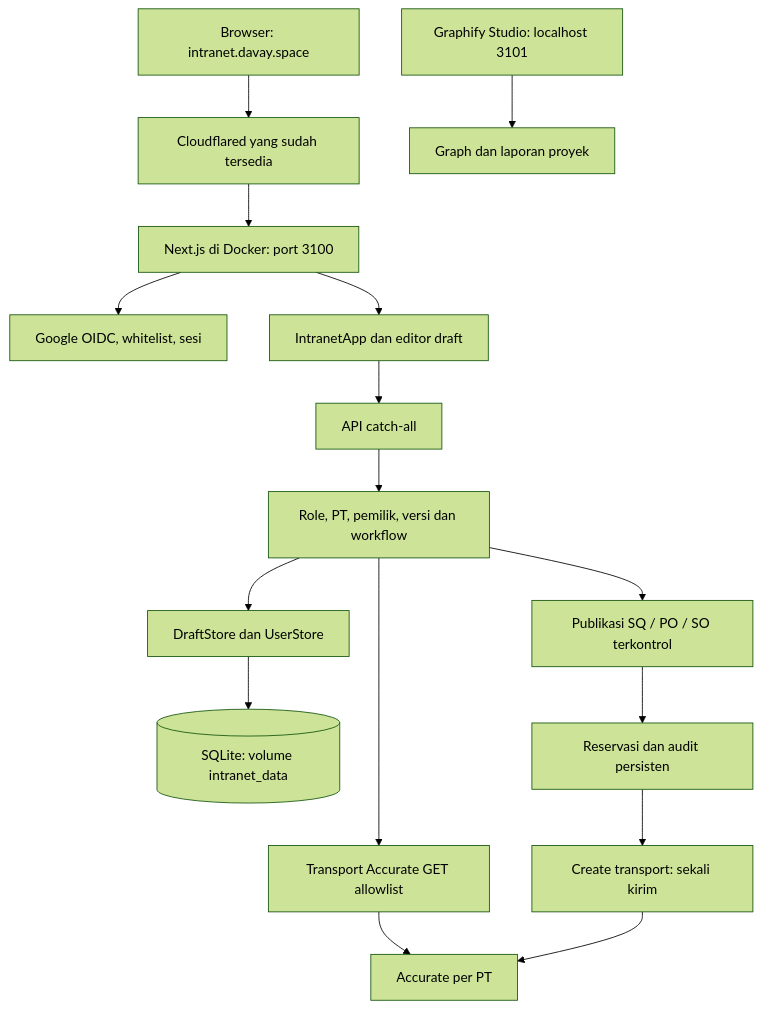
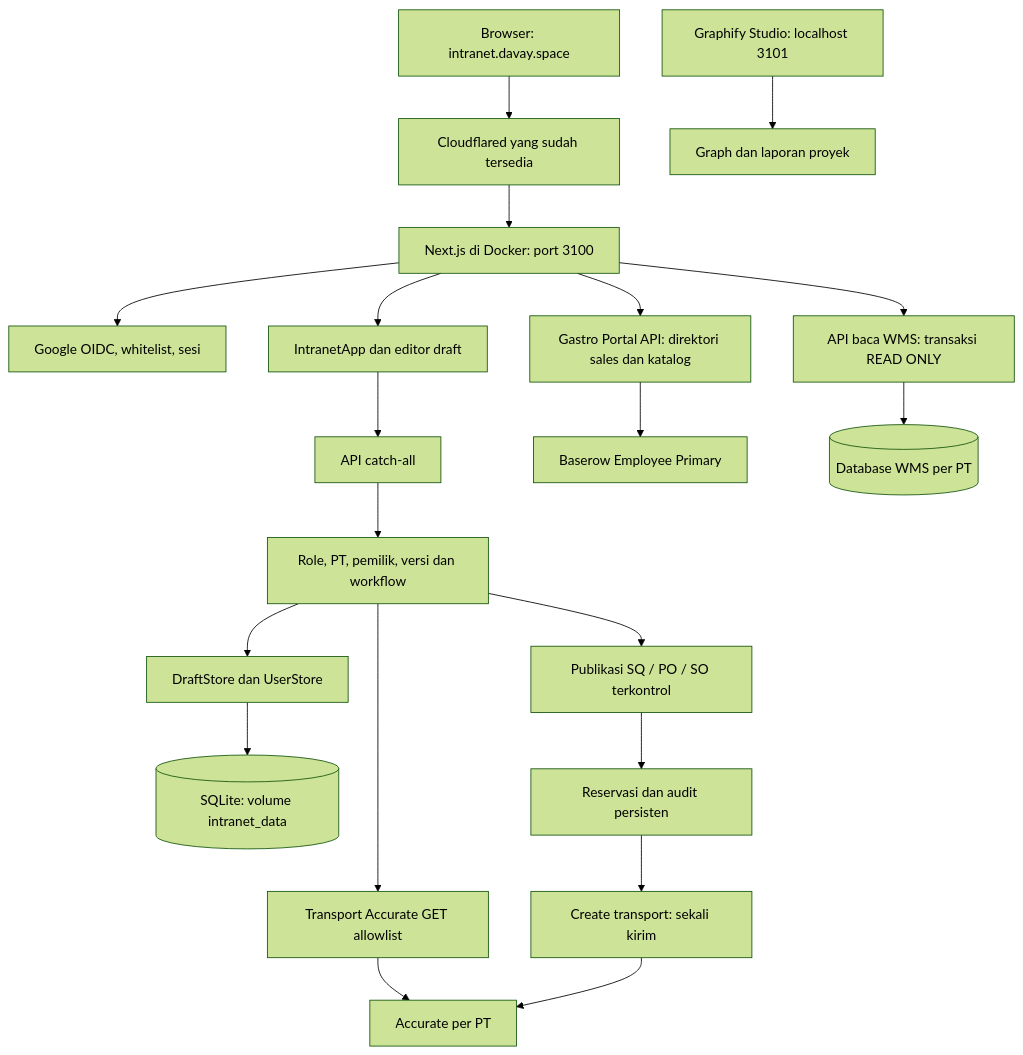
One commit to piemoul/gastro-intranet-promax changed the diagram in docs/project-map.md. Above: the diagram before and after it, drawn with Mermaid (forest theme). The commit also changed other lines of this file and 1 other file, not shown here.

Commit message:
docs: align project map and in-app guide with staged SQ approval

````diff
--- a/docs/project-map.md
+++ b/docs/project-map.md
@@ -29,18 +29,22 @@
 ```mermaid
 flowchart TD
   Browser[Browser: intranet.davay.space] --> Tunnel[Cloudflared yang sudah tersedia]
   Tunnel --> App[Next.js di Docker: port 3100]
   App --> Auth[Google OIDC, whitelist, sesi]
   App --> UI[IntranetApp dan editor draft]
   UI --> API[API catch-all]
   API --> Rules[Role, PT, pemilik, versi dan workflow]
   Rules --> Store[DraftStore dan UserStore]
   Store --> SQLite[(SQLite: volume intranet_data)]
   Rules --> Read[Transport Accurate GET allowlist]
   Rules --> Publish[Publikasi SQ / PO / SO terkontrol]
   Publish --> Reserve[Reservasi dan audit persisten]
   Reserve --> Create[Create transport: sekali kirim]
   Read --> Accurate[Accurate per PT]
   Create --> Accurate
+  App --> Portal[Gastro Portal API: direktori sales dan katalog]
+  Portal --> Baserow[Baserow Employee Primary]
+  App --> WmsRead[API baca WMS: transaksi READ ONLY]
+  WmsRead --> WmsDB[(Database WMS per PT)]
   Graph[Graphify Studio: localhost 3101] --> Artifacts[Graph dan laporan proyek]
 ```
````
